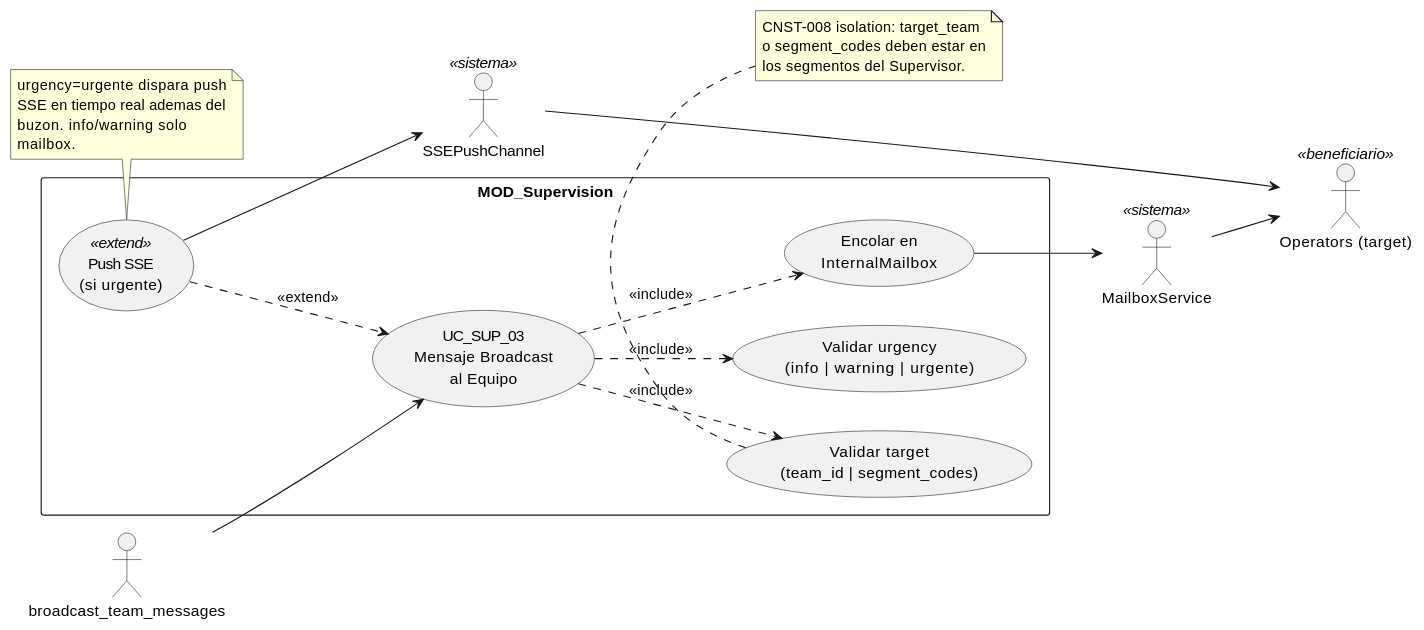
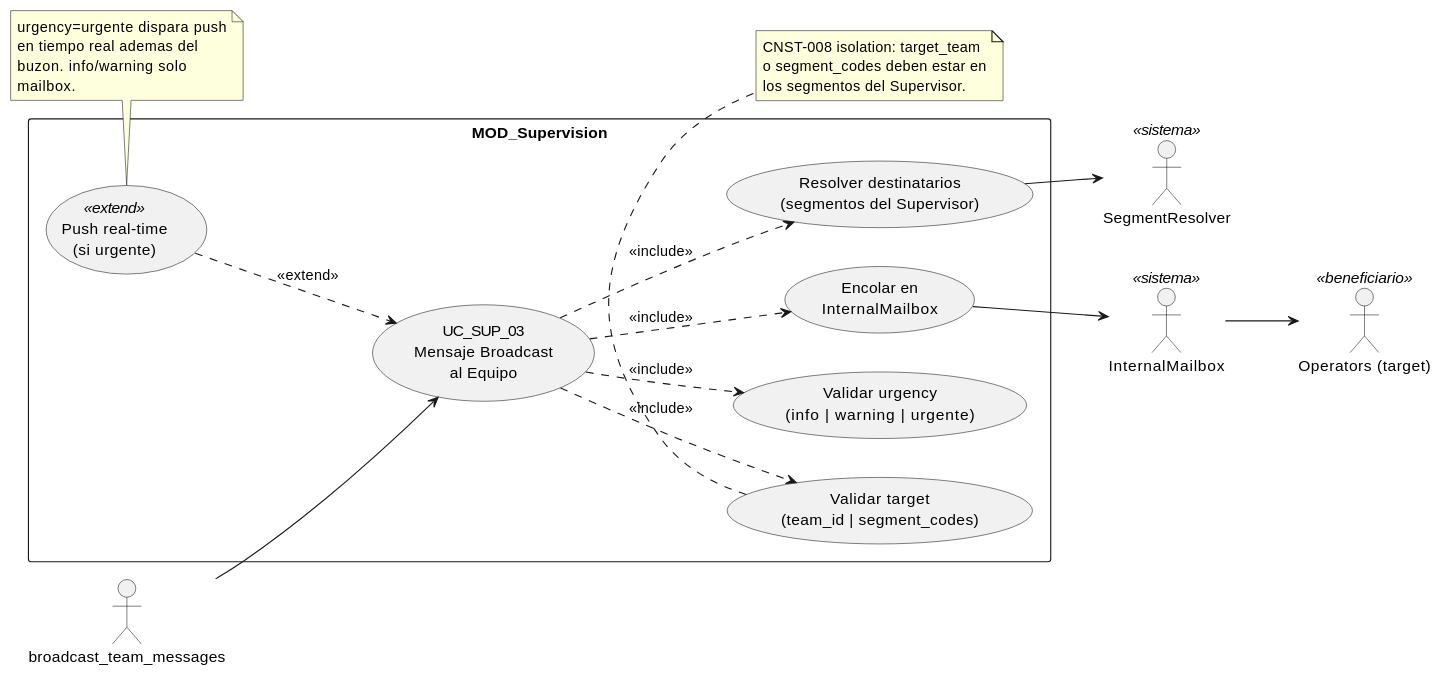
Before and after one commit to jcg-admin/IACT-docs: the diagram in source/requisitos/casos-uso/supervision/uc-sup-03/diagramas-uml/diagrama-de-caso-de-uso.rst, drawn with PlantUML. The commit also changed other lines of this file and 52 other files, not shown here.

```diff
--- a/source/requisitos/casos-uso/supervision/uc-sup-03/diagramas-uml/diagrama-de-caso-de-uso.rst
+++ b/source/requisitos/casos-uso/supervision/uc-sup-03/diagramas-uml/diagrama-de-caso-de-uso.rst
@@ -4,45 +4,46 @@
 .. uml::
  :caption: UC_SUP_03 — actores y casos asociados
 
  @startuml
 
  left to right direction
 
  actor "broadcast_team_messages" as INVOKER
- actor "MailboxService" as MAILBOX <<sistema>>
- actor "SSEPushChannel" as SSE <<sistema>>
+ actor "InternalMailbox" as MB <<sistema>>
  actor "Operators (target)" as TARGETS <<beneficiario>>
+ actor "SegmentResolver" as SR <<sistema>>
 
  rectangle "MOD_Supervision" {
    usecase "UC_SUP_03\nMensaje Broadcast\nal Equipo" as UC_SUP_03
    usecase "Validar target\n(team_id | segment_codes)" as VALIDAR_TARGET
    usecase "Validar urgency\n(info | warning | urgente)" as VALIDAR_URGENCY
+   usecase "Resolver destinatarios\n(segmentos del Supervisor)" as RESOLVER
    usecase "Encolar en\nInternalMailbox" as ENCOLAR
-   usecase "Push SSE\n(si urgente)" as PUSH <<extend>>
+   usecase "Push real-time\n(si urgente)" as PUSH <<extend>>
  }
 
  INVOKER --> UC_SUP_03
  UC_SUP_03 ..> VALIDAR_TARGET : <<include>>
  UC_SUP_03 ..> VALIDAR_URGENCY : <<include>>
+ UC_SUP_03 ..> RESOLVER : <<include>>
  UC_SUP_03 ..> ENCOLAR : <<include>>
  PUSH ..> UC_SUP_03 : <<extend>>
 
- ENCOLAR --> MAILBOX
- PUSH --> SSE
- MAILBOX --> TARGETS
- SSE --> TARGETS
+ RESOLVER --> SR
+ ENCOLAR --> MB
+ MB --> TARGETS
 
  note bottom of VALIDAR_TARGET
    CNST-008 isolation: target_team
    o segment_codes deben estar en
    los segmentos del Supervisor.
  end note
 
  note bottom of PUSH
    urgency=urgente dispara push
-   SSE en tiempo real ademas del
+   en tiempo real ademas del
    buzon. info/warning solo
    mailbox.
  end note
 
  @enduml
```
